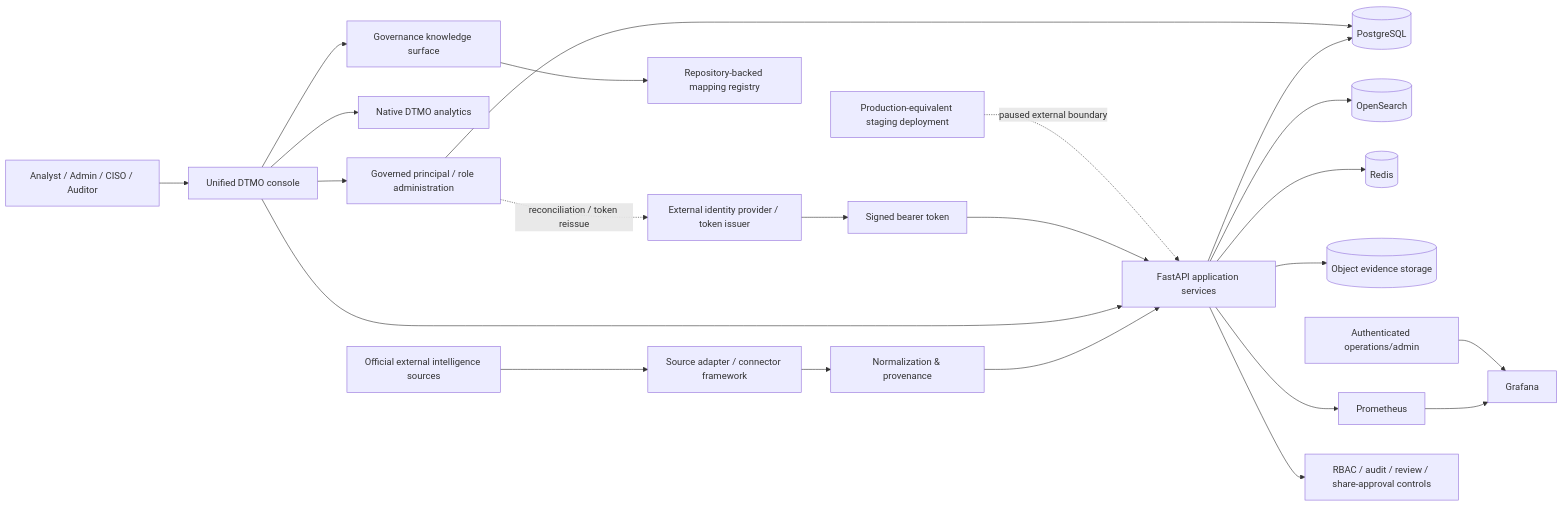
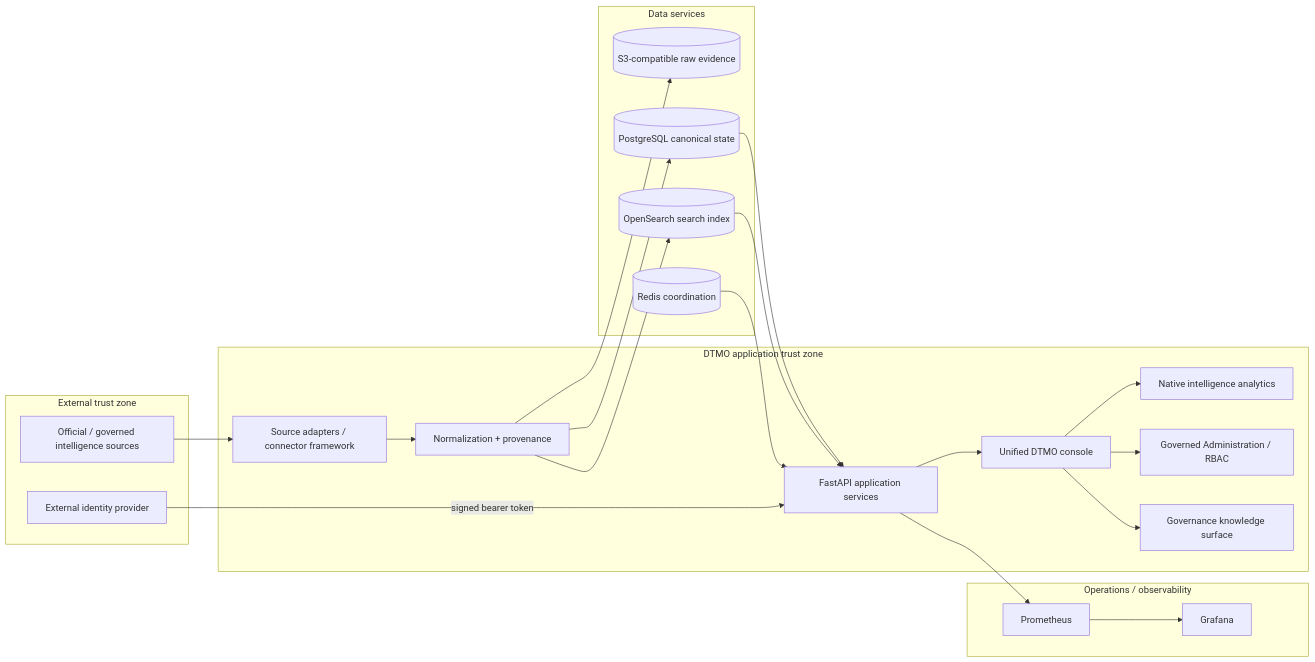
Before and after one commit to GJvManen/dtmo: the diagram in docs/architecture/SYSTEM_ARCHITECTURE.md, drawn with Mermaid. The commit also changed other lines of this file, not shown here.

Commit message:
Docs: restore complete system architecture

````diff
--- a/docs/architecture/SYSTEM_ARCHITECTURE.md
+++ b/docs/architecture/SYSTEM_ARCHITECTURE.md
@@ -12,25 +25,43 @@
 ```mermaid
 flowchart LR
-    EXT[Official external intelligence sources] --> CF[Source adapter / connector framework]
-    CF --> NP[Normalization & provenance]
-    NP --> API[FastAPI application services]
-    API --> PG[(PostgreSQL)]
-    API --> OS[(OpenSearch)]
-    API --> RD[(Redis)]
-    API --> OBJ[(Object evidence storage)]
-    USER[Analyst / Admin / CISO / Auditor] --> CONSOLE[Unified DTMO console]
-    CONSOLE --> API
-    CONSOLE --> NATIVE[Native DTMO analytics]
-    CONSOLE --> RBAC[Governed principal / role administration]
-    CONSOLE --> GKS[Governance knowledge surface]
-    RBAC --> PG
-    GKS --> REG[Repository-backed mapping registry]
-    IDP[External identity provider / token issuer] --> TOKEN[Signed bearer token]
-    TOKEN --> API
-    RBAC -. reconciliation / token reissue .-> IDP
-    API --> PM[Prometheus]
-    PM --> GF[Grafana]
-    OPS[Authenticated operations/admin] --> GF
-    API --> GOV[RBAC / audit / review / share-approval controls]
-    STAGE[Production-equivalent staging deployment] -. paused external boundary .-> API
+    subgraph External[External trust zone]
+        SRC[Official / governed intelligence sources]
+        IDP[External identity provider]
+    end
+
+    subgraph DTMO[DTMO application trust zone]
+        ADP[Source adapters / connector framework]
+        NORM[Normalization + provenance]
+        API[FastAPI application services]
+        CONSOLE[Unified DTMO console]
+        NATIVE[Native intelligence analytics]
+        ADMIN[Governed Administration / RBAC]
+        GOV[Governance knowledge surface]
+    end
+
+    subgraph Data[Data services]
+        OBJ[(S3-compatible raw evidence)]
+        PG[(PostgreSQL canonical state)]
+        OS[(OpenSearch search index)]
+        REDIS[(Redis coordination)]
+    end
+
+    subgraph Ops[Operations / observability]
+        PROM[Prometheus]
+        GRAF[Grafana]
+    end
+
+    SRC --> ADP --> NORM
+    NORM --> OBJ
+    NORM --> PG
+    NORM --> OS
+    PG --> API
+    OS --> API
+    REDIS --> API
+    API --> CONSOLE
+    CONSOLE --> NATIVE
+    CONSOLE --> ADMIN
+    CONSOLE --> GOV
+    IDP -->|signed bearer token| API
+    API --> PROM --> GRAF
 ```
````
